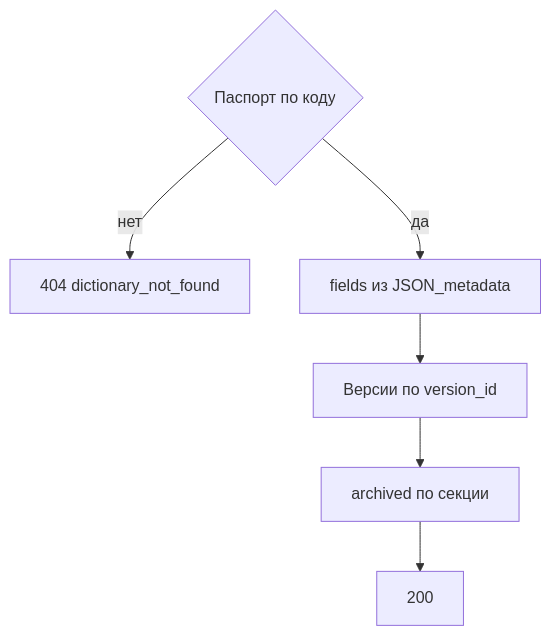
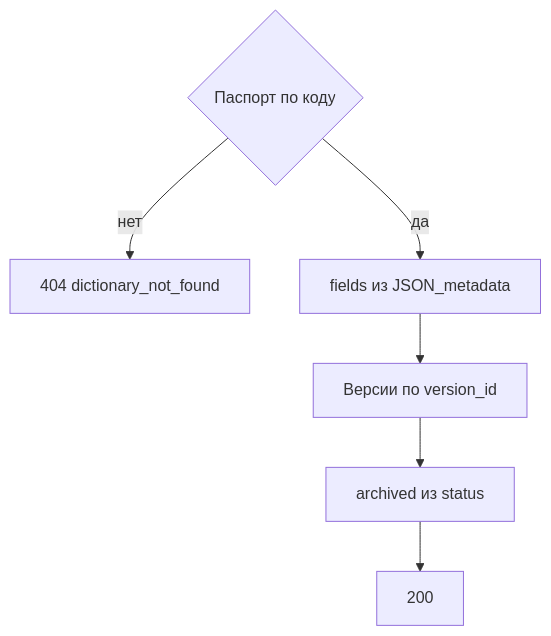
Before and after one commit to StrannikE95/reference_data: the diagram in docs/1. functional/v3/management.api/DataController/get_passport.md, drawn with Mermaid. The commit also changed other lines of this file and 11 other files, not shown here.

````diff
--- a/docs/1. functional/v3/management.api/DataController/get_passport.md
+++ b/docs/1. functional/v3/management.api/DataController/get_passport.md
@@ -51,8 +51,8 @@
 ```mermaid
 flowchart TD
   find{"Паспорт по коду"} -->|нет| nf["404 dictionary_not_found"]
   find -->|да| meta["fields из JSON_metadata"]
   meta --> vers["Версии по version_id"]
-  vers --> arch["archived по секции"]
+  vers --> arch["archived из status"]
   arch --> ok["200"]
 ```
````
